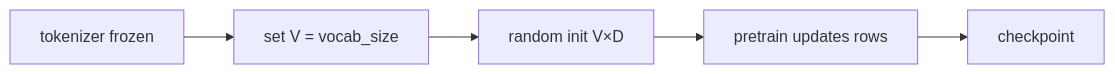
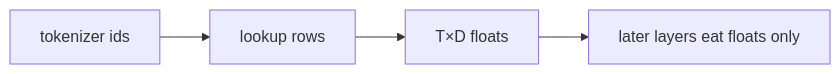
The diagram in web/src/content/beginner/en/embedding.md (chaxus/arche), drawn with Mermaid before and after one commit. The commit also changed other lines of this file and 3 other files, not shown here.

````diff
--- a/web/src/content/beginner/en/embedding.md
+++ b/web/src/content/beginner/en/embedding.md
@@ -17,7 +37,6 @@
 ```mermaid
 flowchart LR
-  tok[tokenizer frozen] --> shape["set V = vocab_size"]
-  shape --> init["random init V×D"]
-  init --> pretrain[pretrain updates rows]
-  pretrain --> ckpt[checkpoint]
+  ids[tokenizer ids] --> gather[lookup rows]
+  gather --> floats[T×D floats]
+  floats --> blocks[later layers eat floats only]
 ```
````
